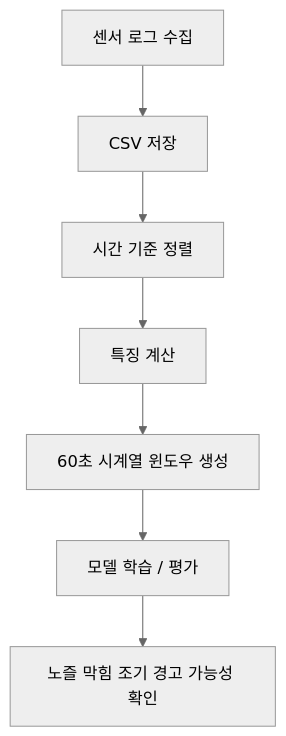
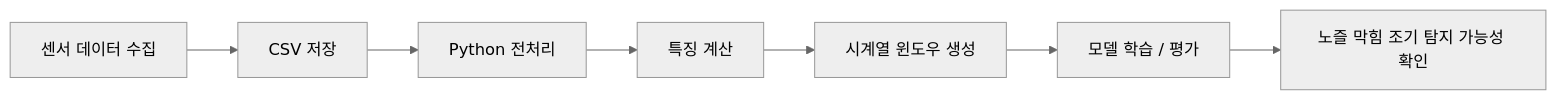
Before and after one commit to Jungoari/Git-Test.: the second of 2 diagrams in PRUSA_README_KO_DRAFT.md, drawn with Mermaid (neutral theme). The commit also changed other lines of this file, not shown here.

````diff
--- a/PRUSA_README_KO_DRAFT.md
+++ b/PRUSA_README_KO_DRAFT.md
@@ -298,9 +358,9 @@
 ```mermaid
-flowchart TB
-    A[센서 로그 수집] --> B[CSV 저장]
-    B --> C[시간 기준 정렬]
+flowchart LR
+    A[센서 데이터 수집] --> B[CSV 저장]
+    B --> C[Python 전처리]
     C --> D[특징 계산]
-    D --> E[60초 시계열 윈도우 생성]
+    D --> E[시계열 윈도우 생성]
     E --> F[모델 학습 / 평가]
-    F --> G[노즐 막힘 조기 경고 가능성 확인]
+    F --> G[노즐 막힘 조기 탐지 가능성 확인]
 ```
````
